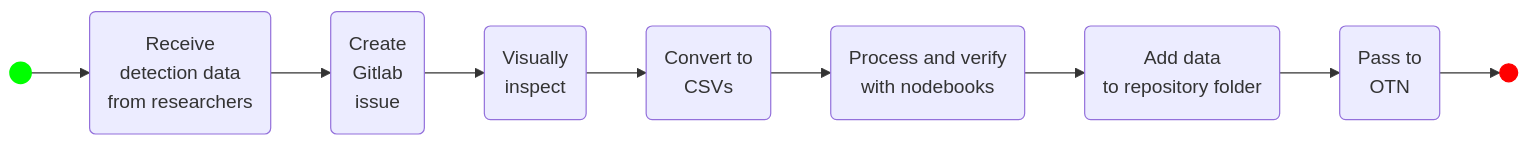
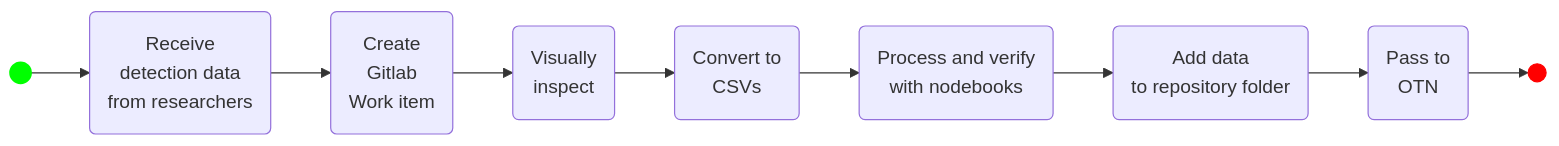
Before and after one commit to ocean-tracking-network/node-manager-training: the diagram in _episodes/10_Detections.md, drawn with Mermaid. The commit also changed other lines of this file and 1 other file, not shown here.

```diff
--- a/_episodes/10_Detections.md
+++ b/_episodes/10_Detections.md
@@ -19,13 +19,13 @@
 <pre class="mermaid">
 flowchart LR
     tag_start(( )) --> get_meta(Receive <br />detection data <br />from researchers)
     style tag_start fill:#00FF00,stroke:#00FF00,stroke-width:4px
-    get_meta --> gitlab(Create <br />Gitlab <br />issue)
+    get_meta --> gitlab(Create <br />Gitlab <br />Work item)
     gitlab --> inspect(Visually <br />inspect)
     inspect --> convert(Convert to <br />CSVs)
     convert --> nodebook(Process and verify <br />with nodebooks)
     nodebook --> plone(Add data <br />to repository folder)
     plone --> otn(Pass to <br />OTN)
     otn --> end2(( ))
     style end2 fill:#FF0000,stroke:#FF0000
 </pre>
```
